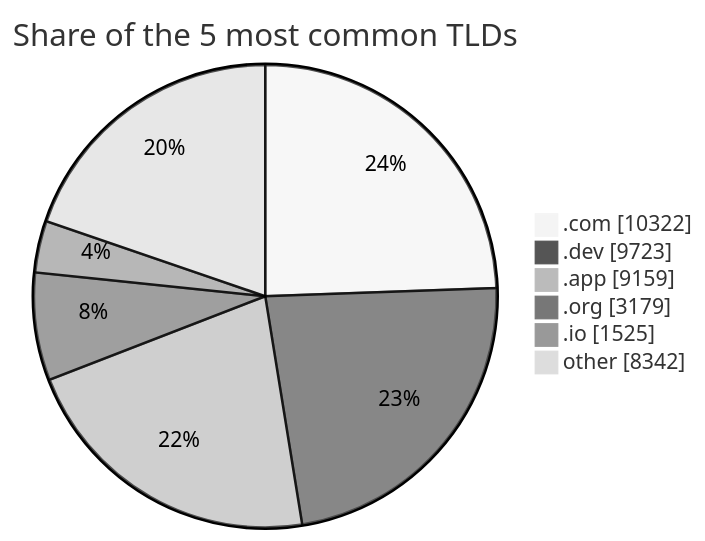
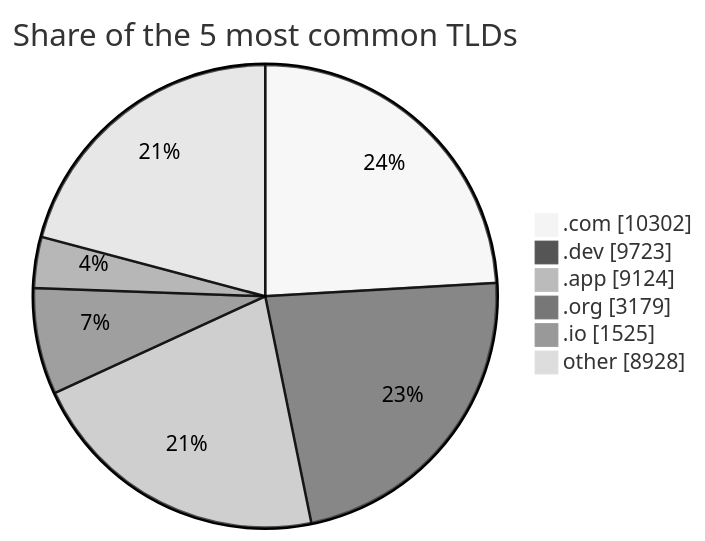
The third of 3 diagrams in README.md (DNSBunker/CTI), drawn with Mermaid (neutral theme) before and after one commit. The commit also changed other lines of this file and 3 other files, not shown here.

````diff
--- a/README.md
+++ b/README.md
@@ -81,9 +81,9 @@
 ```mermaid
 pie showData title Share of the 5 most common TLDs
-    ".com" : 10322
+    ".com" : 10302
     ".dev" : 9723
-    ".app" : 9159
+    ".app" : 9124
     ".org" : 3179
     ".io" : 1525
-    "other" : 8342
+    "other" : 8928
 ```
````
